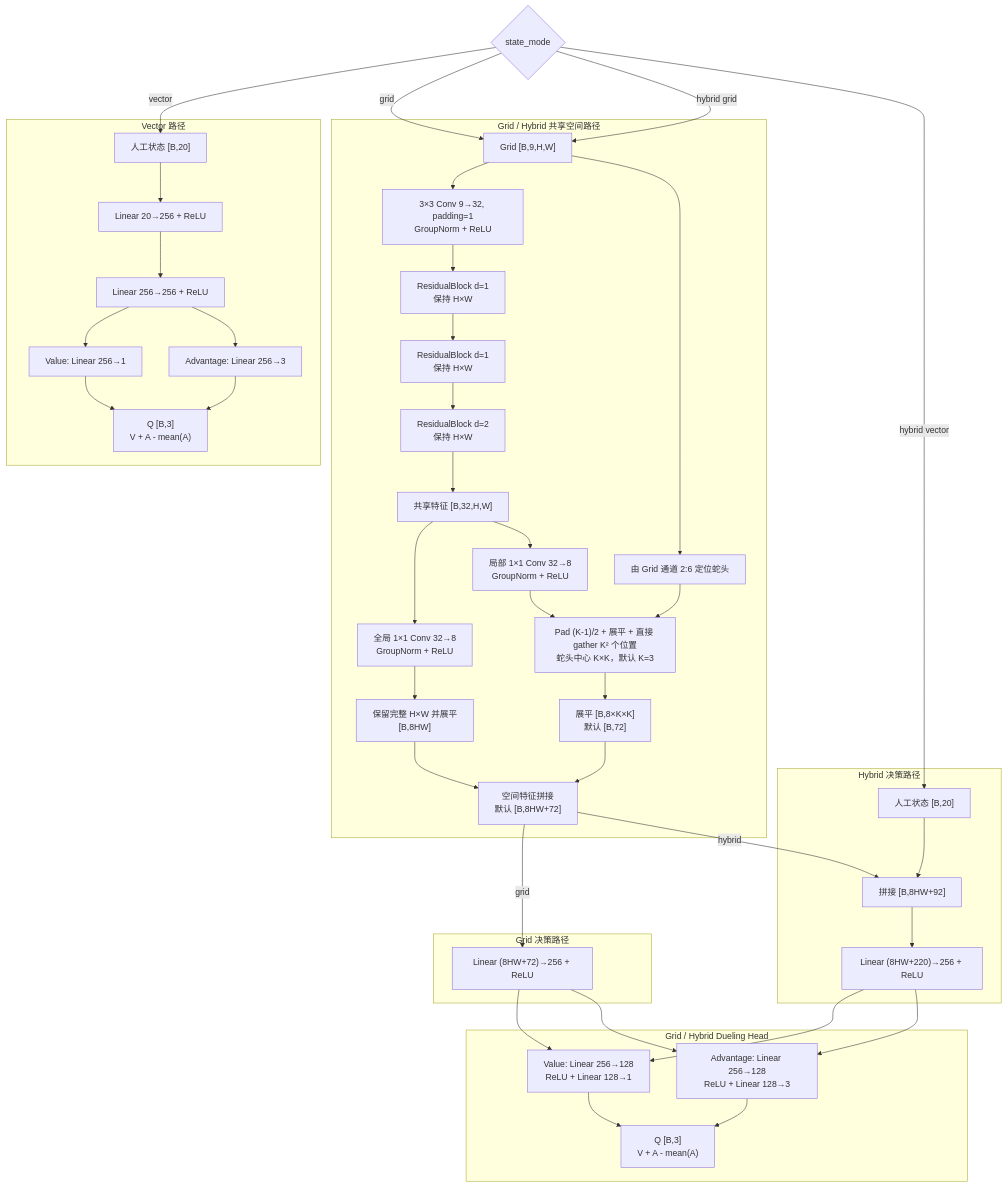
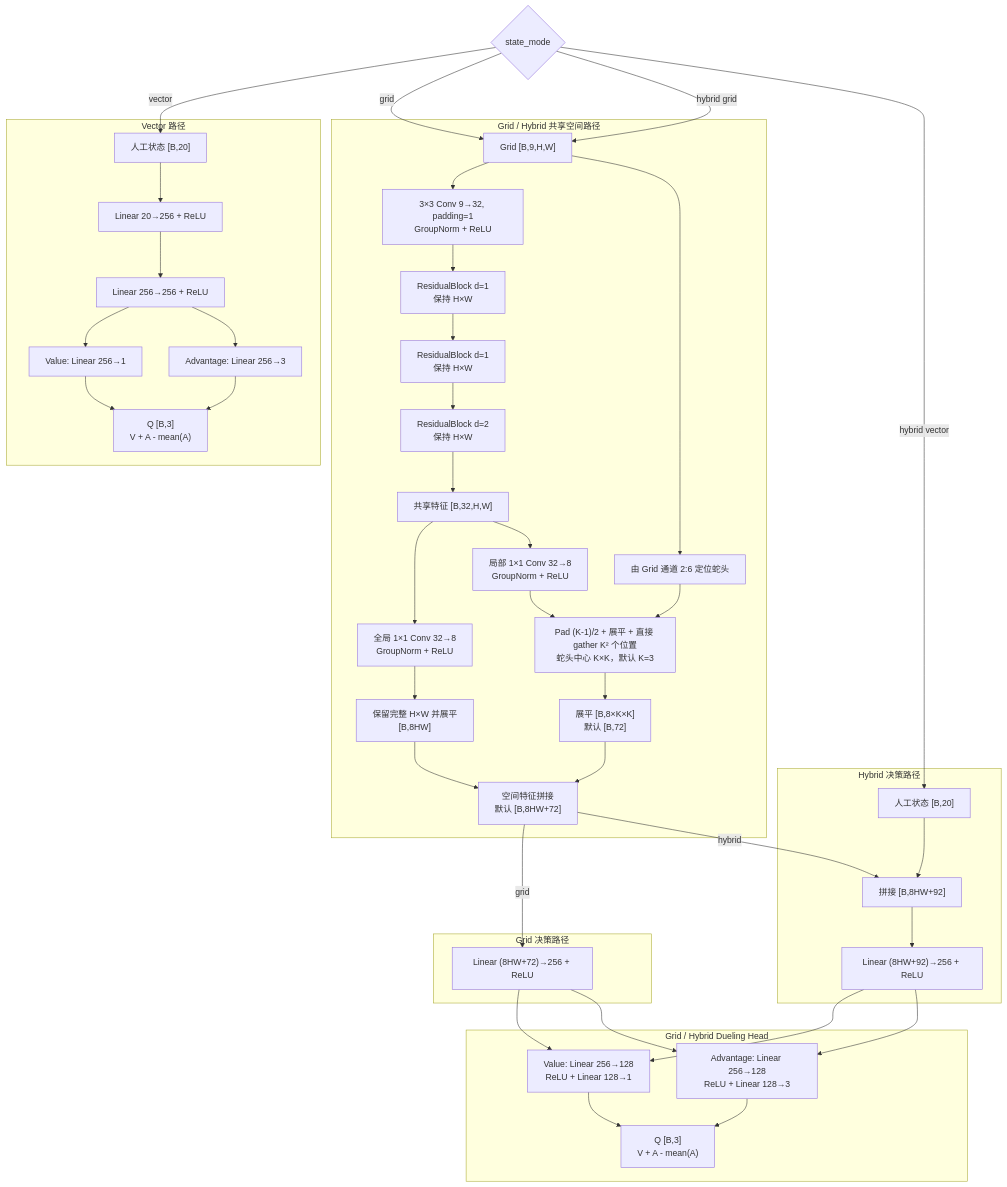
One commit to leijun0336-a11y/Snake changed the first of 2 diagrams in README.md. Above: the diagram before and after it, drawn with Mermaid. The commit also changed other lines of this file and 31 other files, not shown here.

````diff
--- a/README.md
+++ b/README.md
@@ -213,69 +226,69 @@
 ```mermaid
 flowchart TB
     MODE{"state_mode"}
 
     subgraph VECTOR["Vector 路径"]
         VIN["人工状态 [B,20]"]
         VFC1["Linear 20→256 + ReLU"]
         VFC2["Linear 256→256 + ReLU"]
         VV["Value: Linear 256→1"]
         VA["Advantage: Linear 256→3"]
         VQ["Q [B,3]<br/>V + A - mean(A)"]
         VIN --> VFC1 --> VFC2
         VFC2 --> VV --> VQ
         VFC2 --> VA --> VQ
     end
 
     subgraph SPATIAL["Grid / Hybrid 共享空间路径"]
         GIN["Grid [B,9,H,W]"]
         STEM["3×3 Conv 9→32, padding=1<br/>GroupNorm + ReLU"]
         RB1["ResidualBlock d=1<br/>保持 H×W"]
         RB2["ResidualBlock d=1<br/>保持 H×W"]
         RB3["ResidualBlock d=2<br/>保持 H×W"]
         SHARED["共享特征 [B,32,H,W]"]
 
         GP["全局 1×1 Conv 32→8<br/>GroupNorm + ReLU"]
         GF["保留完整 H×W 并展平<br/>[B,8HW]"]
 
         LP["局部 1×1 Conv 32→8<br/>GroupNorm + ReLU"]
         HEAD["由 Grid 通道 2:6 定位蛇头"]
         CROP["Pad (K-1)/2 + 展平 + 直接 gather K² 个位置<br/>蛇头中心 K×K，默认 K=3"]
         LF["展平 [B,8×K×K]<br/>默认 [B,72]"]
         SF["空间特征拼接<br/>默认 [B,8HW+72]"]
 
         GIN --> STEM --> RB1 --> RB2 --> RB3 --> SHARED
         SHARED --> GP --> GF --> SF
         SHARED --> LP --> CROP --> LF --> SF
         GIN --> HEAD --> CROP
     end
 
     subgraph GRIDHEAD["Grid 决策路径"]
         GFC["Linear (8HW+72)→256 + ReLU"]
     end
 
     subgraph HYBRIDHEAD["Hybrid 决策路径"]
         AUX["人工状态 [B,20]"]
         HF["拼接 [B,8HW+92]"]
-        HFC["Linear (8HW+220)→256 + ReLU"]
+        HFC["Linear (8HW+92)→256 + ReLU"]
         AUX --> HF --> HFC
     end
 
     subgraph DUELING["Grid / Hybrid Dueling Head"]
         SV["Value: Linear 256→128<br/>ReLU + Linear 128→1"]
         SA["Advantage: Linear 256→128<br/>ReLU + Linear 128→3"]
         SQ["Q [B,3]<br/>V + A - mean(A)"]
         SV --> SQ
         SA --> SQ
     end
 
     MODE -->|vector| VIN
     MODE -->|grid| GIN
     MODE -->|hybrid grid| GIN
     MODE -->|hybrid vector| AUX
     SF -->|grid| GFC
     SF -->|hybrid| HF
     GFC --> SV
     GFC --> SA
     HFC --> SV
     HFC --> SA
 ```
````
